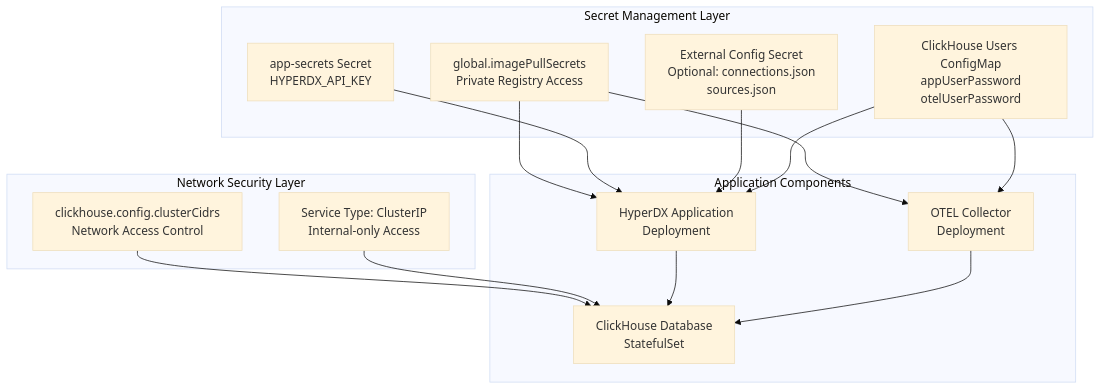
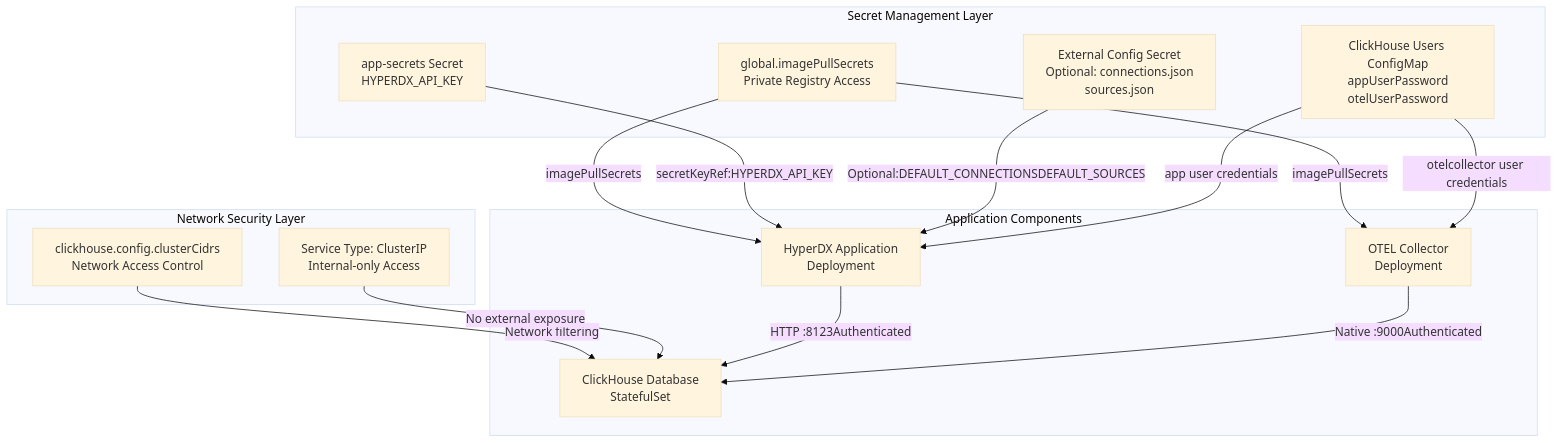
Before and after one commit to openchoreo/openchoreo: the first of 5 diagrams in docs/hyperdxio-helm-charts-docs/Security-Configuration.md, drawn with Mermaid (base theme). The commit also changed other lines of this file and 85 other files, not shown here.

Commit message:
feat: Add new workflow and specification templates, update Helm chart dependencies, and clarify documentation diagrams.

````diff
--- a/docs/hyperdxio-helm-charts-docs/Security-Configuration.md
+++ b/docs/hyperdxio-helm-charts-docs/Security-Configuration.md
@@ -16,42 +16,42 @@
 ```mermaid
 flowchart TD
 
 ImagePullSecrets["global.imagePullSecrets<br>Private Registry Access"]
 AppSecrets["app-secrets Secret<br>HYPERDX_API_KEY"]
 ExternalConfigSecret["External Config Secret<br>Optional: connections.json<br>sources.json"]
 ClickHouseUsers["ClickHouse Users ConfigMap<br>appUserPassword<br>otelUserPassword"]
 ClusterCIDRs["clickhouse.config.clusterCidrs<br>Network Access Control"]
 ClusterIPServices["Service Type: ClusterIP<br>Internal-only Access"]
 HyperDXApp["HyperDX Application<br>Deployment"]
 OTELCollector["OTEL Collector<br>Deployment"]
 ClickHouse["ClickHouse Database<br>StatefulSet"]
 
-ImagePullSecrets --> HyperDXApp
-ImagePullSecrets --> OTELCollector
-AppSecrets --> HyperDXApp
-ExternalConfigSecret --> HyperDXApp
-ClickHouseUsers --> HyperDXApp
-ClickHouseUsers --> OTELCollector
-ClusterCIDRs --> ClickHouse
-ClusterIPServices --> ClickHouse
+ImagePullSecrets -->|"imagePullSecrets"| HyperDXApp
+ImagePullSecrets -->|"imagePullSecrets"| OTELCollector
+AppSecrets -->|"secretKeyRef:HYPERDX_API_KEY"| HyperDXApp
+ExternalConfigSecret -->|"Optional:DEFAULT_CONNECTIONSDEFAULT_SOURCES"| HyperDXApp
+ClickHouseUsers -->|"app user credentials"| HyperDXApp
+ClickHouseUsers -->|"otelcollector user credentials"| OTELCollector
+ClusterCIDRs -->|"Network filtering"| ClickHouse
+ClusterIPServices -->|"No external exposure"| ClickHouse
 
 subgraph subGraph2 ["Application Components"]
     HyperDXApp
     OTELCollector
     ClickHouse
-    HyperDXApp --> ClickHouse
-    OTELCollector --> ClickHouse
+    HyperDXApp -->|"HTTP :8123Authenticated"| ClickHouse
+    OTELCollector -->|"Native :9000Authenticated"| ClickHouse
 end
 
 subgraph subGraph1 ["Network Security Layer"]
     ClusterCIDRs
     ClusterIPServices
 end
 
 subgraph subGraph0 ["Secret Management Layer"]
     ImagePullSecrets
     AppSecrets
     ExternalConfigSecret
     ClickHouseUsers
 end
 ```
````
